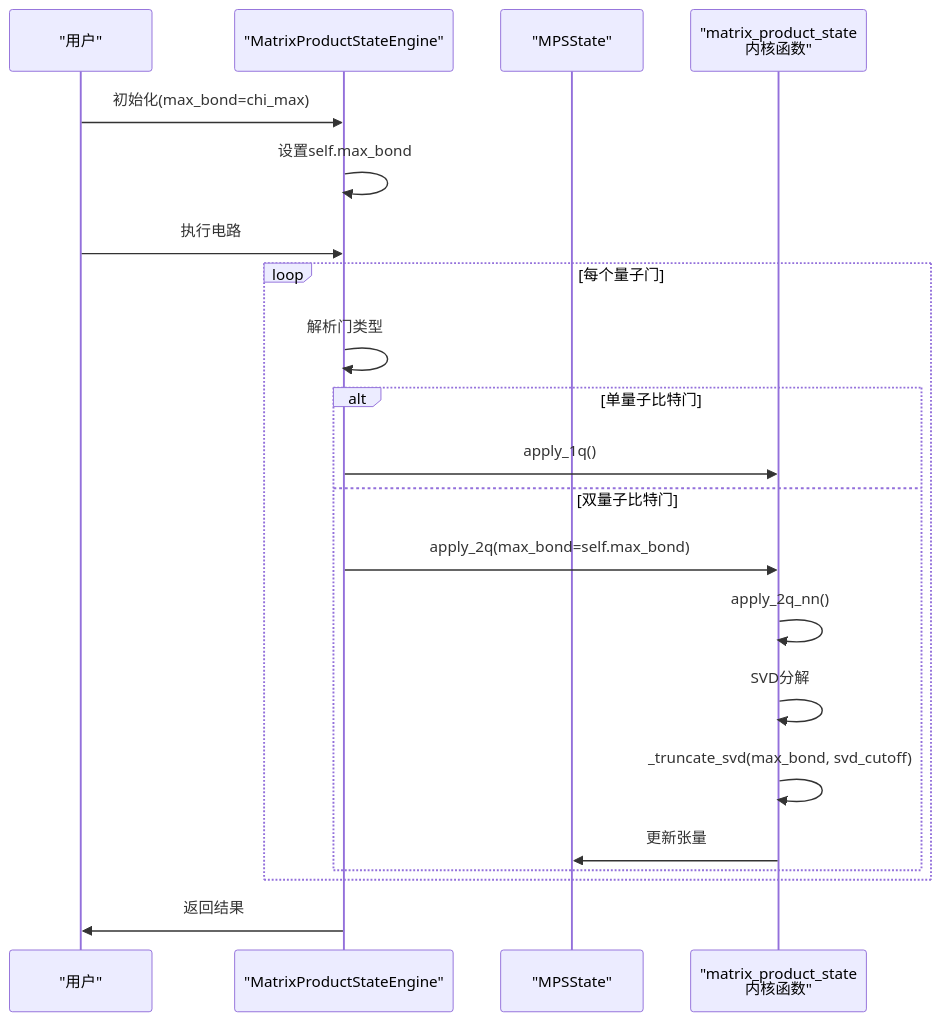
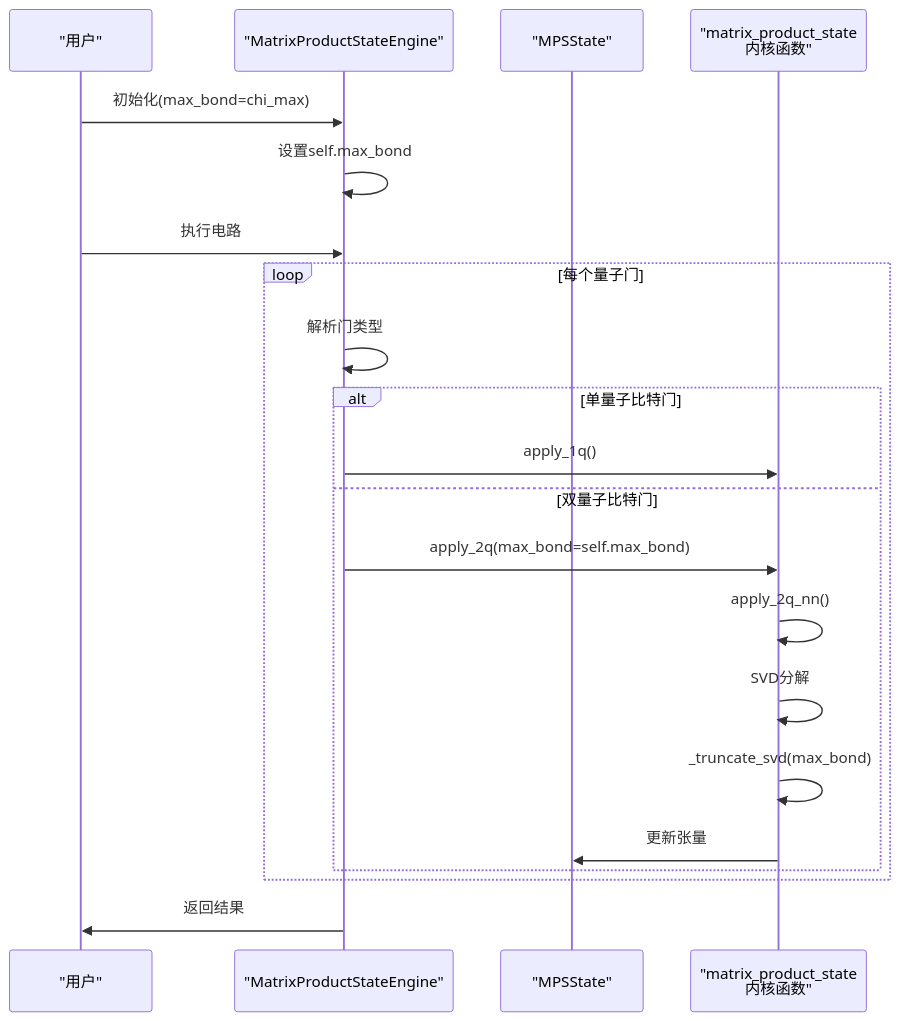
The third of 4 diagrams in .qoder/repowiki/zh/content/设备抽象层/模拟器/矩阵乘积态模拟器.md (QureGenAI-Biotech/TyxonQ), drawn with Mermaid before and after one commit. The commit also changed other lines of this file and 9 other files, not shown here.

````diff
--- a/.qoder/repowiki/zh/content/设备抽象层/模拟器/矩阵乘积态模拟器.md
+++ b/.qoder/repowiki/zh/content/设备抽象层/模拟器/矩阵乘积态模拟器.md
@@ -103,23 +110,23 @@
 ```mermaid
 sequenceDiagram
 participant User as "用户"
 participant Engine as "MatrixProductStateEngine"
 participant MPS as "MPSState"
 participant Kernels as "matrix_product_state<br/>内核函数"
 User->>Engine : 初始化(max_bond=chi_max)
 Engine->>Engine : 设置self.max_bond
 User->>Engine : 执行电路
 loop 每个量子门
 Engine->>Engine : 解析门类型
 alt 单量子比特门
 Engine->>Kernels : apply_1q()
 else 双量子比特门
 Engine->>Kernels : apply_2q(max_bond=self.max_bond)
 Kernels->>Kernels : apply_2q_nn()
 Kernels->>Kernels : SVD分解
-Kernels->>Kernels : _truncate_svd(max_bond, svd_cutoff)
+Kernels->>Kernels : _truncate_svd(max_bond)
 Kernels->>MPS : 更新张量
 end
 end
 Engine->>User : 返回结果
 ```
````
